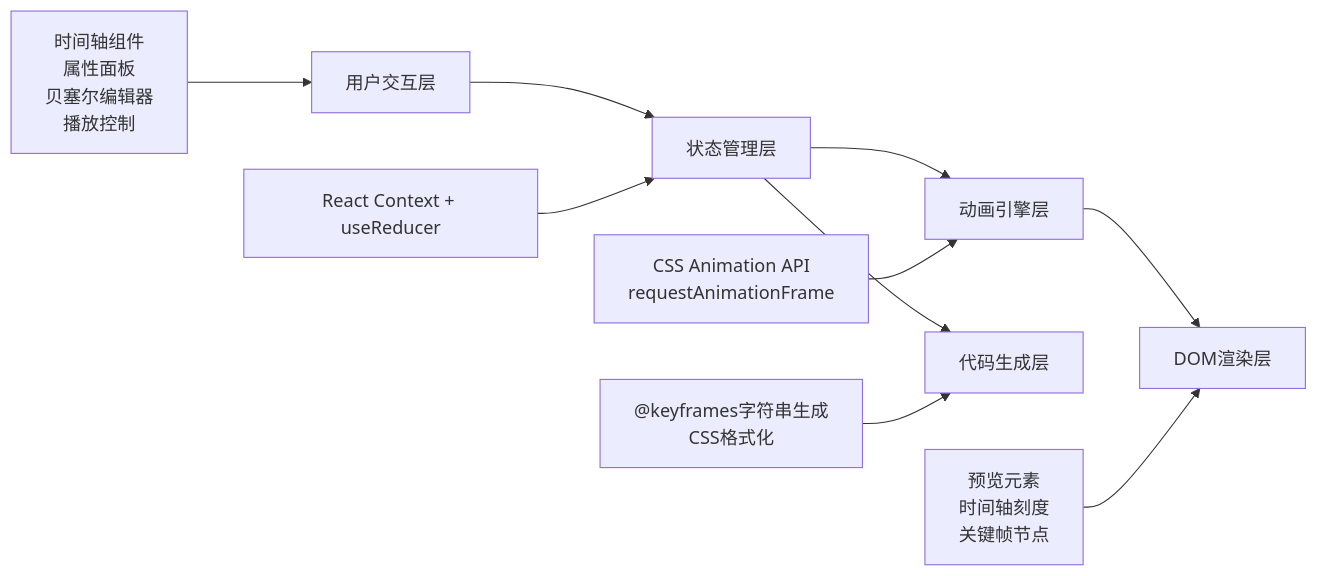
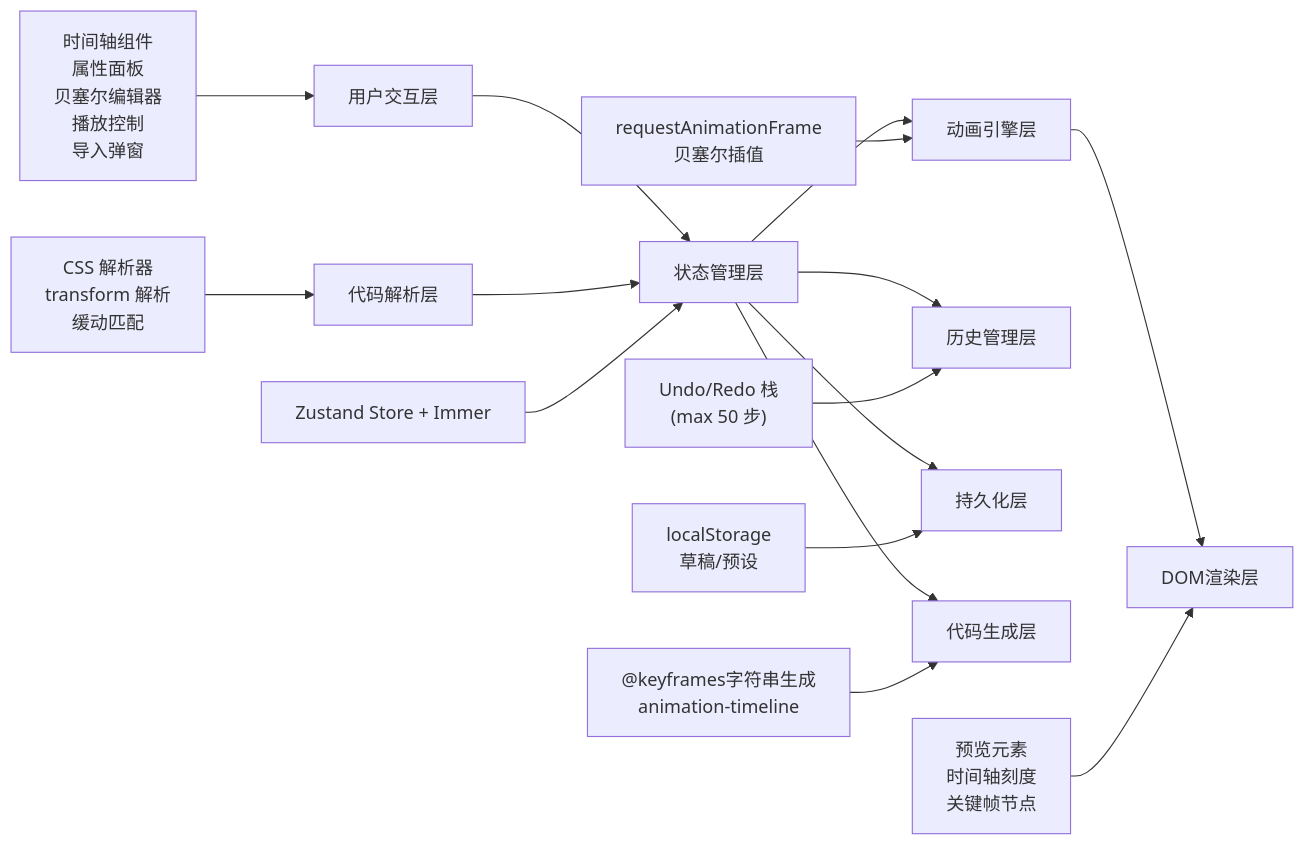
The diagram in .trae/documents/技术架构-CSS动画编辑器.md (717441128-21699/y0617-10010), drawn with Mermaid before and after one commit. The commit also changed other lines of this file and 13 other files, not shown here.

````diff
--- a/.trae/documents/技术架构-CSS动画编辑器.md
+++ b/.trae/documents/技术架构-CSS动画编辑器.md
@@ -3,13 +3,19 @@
 ```mermaid
 graph LR
     A["用户交互层"] --> B["状态管理层"]
     B --> C["动画引擎层"]
+    B --> G["历史管理层"]
+    B --> H["持久化层"]
     C --> D["DOM渲染层"]
     B --> E["代码生成层"]
+    F["代码解析层"] --> B
     
-    A1["时间轴组件<br/>属性面板<br/>贝塞尔编辑器<br/>播放控制"] --> A
-    B1["React Context + useReducer"] --> B
-    C1["CSS Animation API<br/>requestAnimationFrame"] --> C
+    A1["时间轴组件<br/>属性面板<br/>贝塞尔编辑器<br/>播放控制<br/>导入弹窗"] --> A
+    B1["Zustand Store + Immer"] --> B
+    C1["requestAnimationFrame<br/>贝塞尔插值"] --> C
+    G1["Undo/Redo 栈<br>(max 50 步)"] --> G
+    H1["localStorage<br/>草稿/预设"] --> H
     D1["预览元素<br/>时间轴刻度<br/>关键帧节点"] --> D
-    E1["@keyframes字符串生成<br/>CSS格式化"] --> E
+    E1["@keyframes字符串生成<br/>animation-timeline"] --> E
+    F1["CSS 解析器<br/>transform 解析<br/>缓动匹配"] --> F
 ```
````
